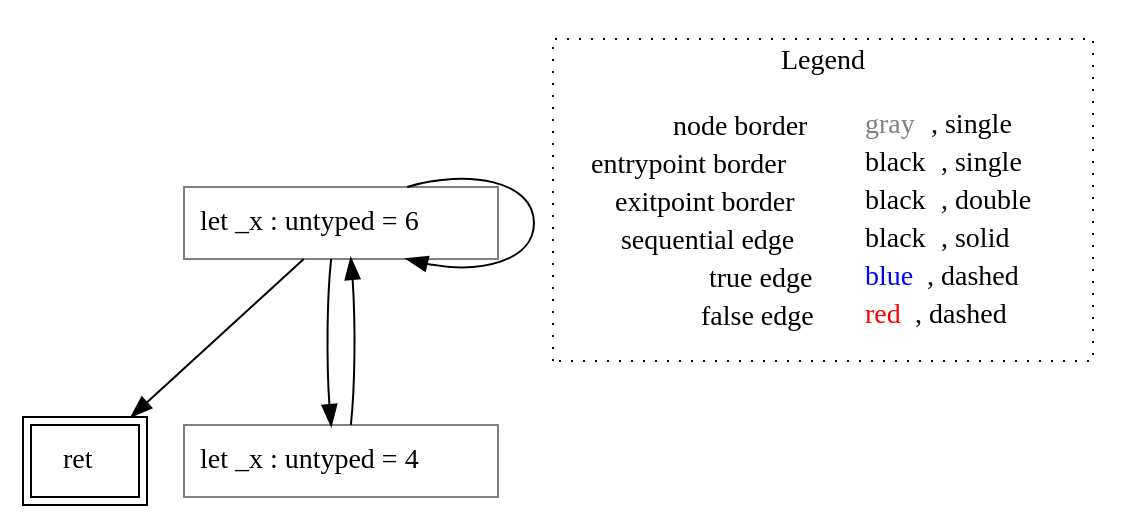
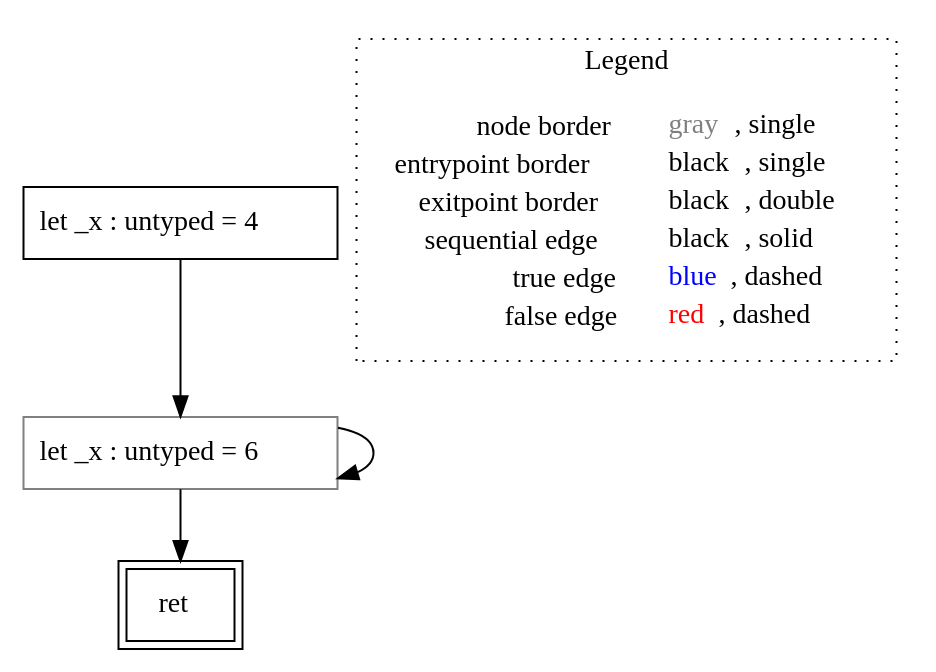
The diagram in rust-lisa/rust-testcases/cfg/return-void/()_rust-testcases_cfg_return-void_return-void.rs.func5().dot (VincenzoArceri/rust-lisa), drawn with Graphviz before and after one commit. The commit also changed 7 other files, not shown here.

```diff
--- a/rust-lisa/rust-testcases/cfg/return-void/()_rust-testcases_cfg_return-void_return-void.rs.func5().dot
+++ b/rust-lisa/rust-testcases/cfg/return-void/()_rust-testcases_cfg_return-void_return-void.rs.func5().dot
@@ -1,16 +1,15 @@
 digraph {
-	"node0" [shape="rect",color="gray",label=<let _x : untyped = 6>];
-	"node1" [shape="rect",color="black",peripheries="2",label=<ret>];
-	"node2" [shape="rect",color="gray",label=<let _x : untyped = 4>];
-	"node0" -> "node0" [color="black"];
+	"node0" [shape="rect",color="black",label=<let _x : untyped = 4>];
+	"node1" [shape="rect",color="gray",label=<let _x : untyped = 6>];
+	"node2" [shape="rect",color="black",peripheries="2",label=<ret>];
+	"node1" -> "node1" [color="black"];
+	"node1" -> "node2" [color="black"];
 	"node0" -> "node1" [color="black"];
-	"node0" -> "node2" [color="black"];
-	"node2" -> "node0" [color="black"];
 subgraph cluster_legend {
 	label="Legend";
 	style=dotted;
 	node [shape=plaintext];
 	"legend" [label=<<table border="0" cellpadding="2" cellspacing="0" cellborder="0"><tr><td align="right">node border&nbsp;</td><td align="left"><font color="gray">gray</font>, single</td></tr><tr><td align="right">entrypoint border&nbsp;</td><td align="left"><font color="black">black</font>, single</td></tr><tr><td align="right">exitpoint border&nbsp;</td><td align="left"><font color="black">black</font>, double</td></tr><tr><td align="right">sequential edge&nbsp;</td><td align="left"><font color="black">black</font>, solid</td></tr><tr><td align="right">true edge&nbsp;</td><td align="left"><font color="blue">blue</font>, dashed</td></tr><tr><td align="right">false edge&nbsp;</td><td align="left"><font color="red">red</font>, dashed</td></tr></table>>];
 }
 
 }
```
